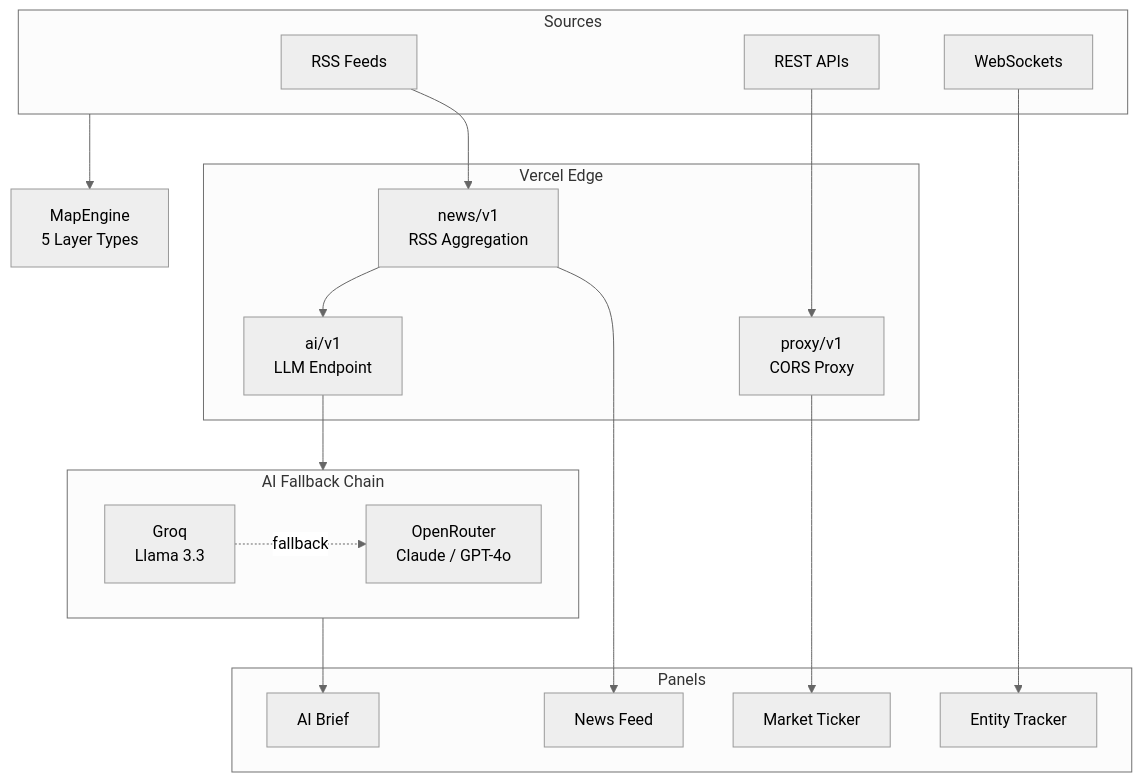
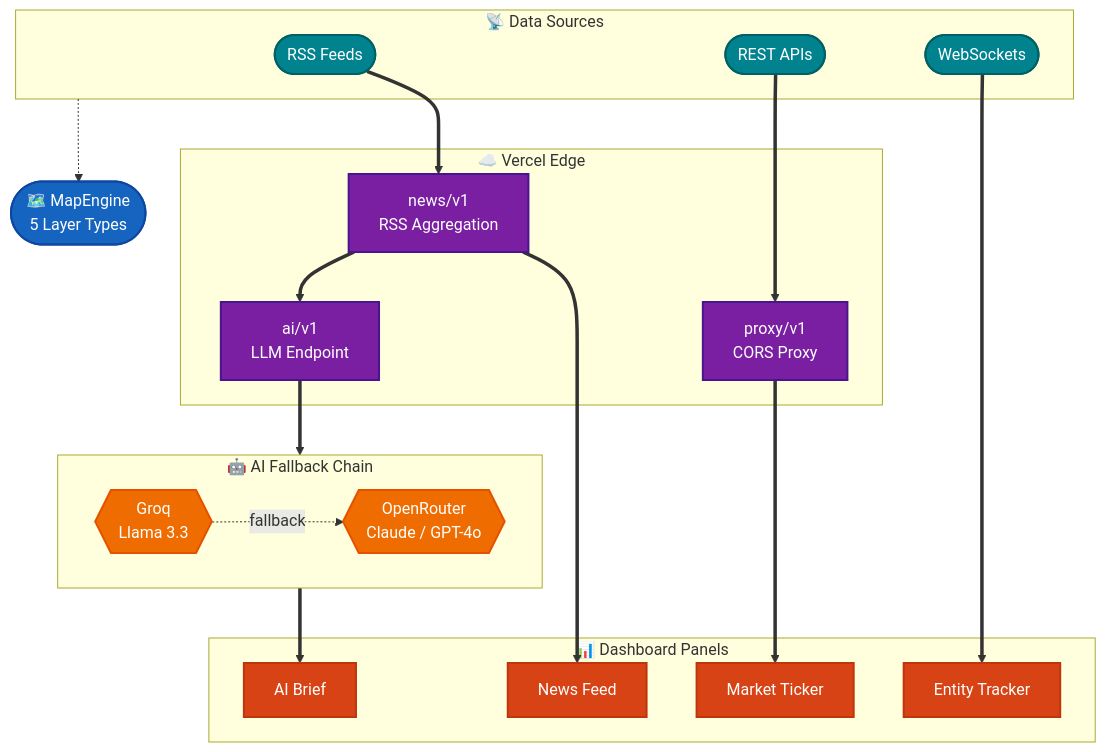
Before and after one commit to alohays/monitor-forge: the third of 3 diagrams in README.md, drawn with Mermaid. The commit also changed other lines of this file and 1 other file, not shown here.

First line of the commit message:
docs: improve Mermaid diagram readability for GitHub dark/light mode

````diff
--- a/README.md
+++ b/README.md
@@ -135,37 +172,48 @@
 ```mermaid
-%%{init: {'theme': 'neutral'}}%%
 flowchart TD
-    subgraph Sources
-        RSS["RSS Feeds"]
-        API["REST APIs"]
-        WS["WebSockets"]
+    subgraph Sources["📡 Data Sources"]
+        RSS(["RSS Feeds"])
+        API(["REST APIs"])
+        WS(["WebSockets"])
     end
 
-    subgraph Edge["Vercel Edge"]
+    subgraph Edge["☁️ Vercel Edge"]
         NE["news/v1<br/>RSS Aggregation"]
         PE["proxy/v1<br/>CORS Proxy"]
         AE["ai/v1<br/>LLM Endpoint"]
     end
 
-    subgraph AI["AI Fallback Chain"]
-        G["Groq<br/>Llama 3.3"]
-        OR["OpenRouter<br/>Claude / GPT-4o"]
-        G -.->|fallback| OR
+    subgraph AI["🤖 AI Fallback Chain"]
+        GQ{{"Groq<br/>Llama 3.3"}}
+        OR{{"OpenRouter<br/>Claude / GPT-4o"}}
+        GQ -.->|fallback| OR
     end
 
-    subgraph Panels
+    subgraph Panels["📊 Dashboard Panels"]
         NF["News Feed"]
         AB["AI Brief"]
         MT["Market Ticker"]
         ET["Entity Tracker"]
     end
 
-    MAP["MapEngine<br/>5 Layer Types"]
+    MAP(["🗺️ MapEngine<br/>5 Layer Types"])
 
-    RSS --> NE --> NF
-    API --> PE --> MT
-    WS --> ET
-    NE --> AE --> AI
-    AI --> AB
-    Sources --> MAP
+    RSS ==> NE ==> NF
+    API ==> PE ==> MT
+    WS ==> ET
+    NE ==> AE ==> AI
+    AI ==> AB
+    Sources -.-> MAP
+
+    classDef source fill:#00838F,stroke:#006064,stroke-width:2px,color:#fff
+    classDef edge fill:#7B1FA2,stroke:#4A148C,stroke-width:2px,color:#fff
+    classDef ai fill:#EF6C00,stroke:#E65100,stroke-width:2px,color:#fff
+    classDef panel fill:#D84315,stroke:#BF360C,stroke-width:2px,color:#fff
+    classDef map fill:#1565C0,stroke:#0D47A1,stroke-width:2px,color:#fff
+
+    class RSS,API,WS source
+    class NE,PE,AE edge
+    class GQ,OR ai
+    class NF,AB,MT,ET panel
+    class MAP map
 ```
````
